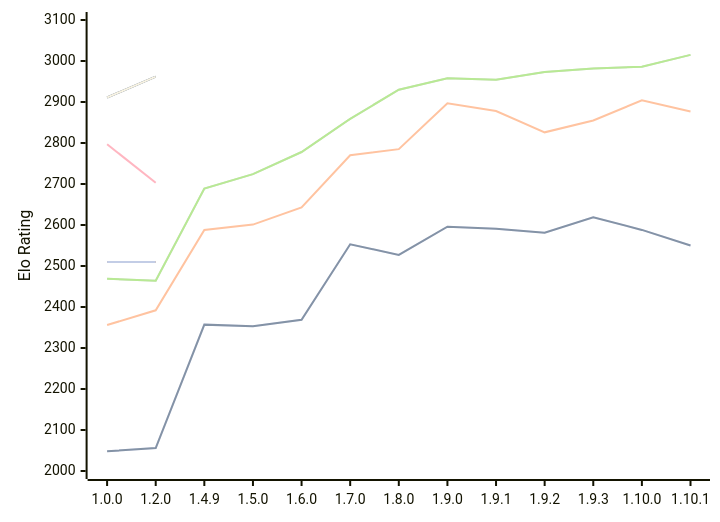
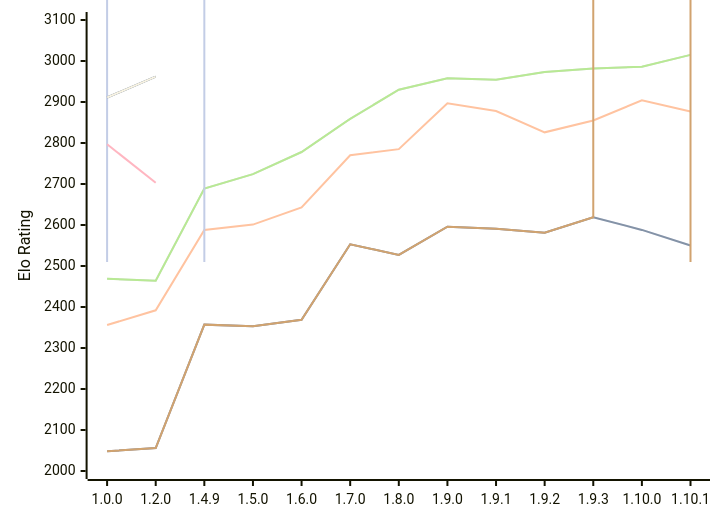
One commit to computer-chess-index/cci changed the diagram in engines/Basilisk.md. Above: the diagram before and after it, drawn with Mermaid. The commit also changed other lines of this file, not shown here.

Commit message:
Update CCI Ratings (ELO VLTC) - 2026-10-10

````diff
--- a/engines/Basilisk.md
+++ b/engines/Basilisk.md
@@ -60,16 +60,16 @@
 ```mermaid
 %%{init: {"theme":"base","themeVariables":{"seriesColors:['#a3a3a3','#222221','#faa371']}}}%%
 xychart-beta
   x-axis ["1.0.0", "1.2.0", "1.4.9", "1.5.0", "1.6.0", "1.7.0", "1.8.0", "1.9.0", "1.9.1", "1.9.2", "1.9.3", "1.10.0", "1.10.1"]
   y-axis "Elo Rating" 2000 --> 3100
   line "" [2048, 2056, 2357, 2353, 2369, 2553, 2527, 2596, 2591, 2581, 2619, 2588, 2550]
   line "T1: STC (8.0+0.08s)" [2048, 2056, 2357, 2353, 2369, 2553, 2527, 2596, 2591, 2581, 2619, 2588, 2550]
   line "T1: LTC (60.0+0.60s)" [2356, 2392, 2588, 2601, 2643, 2770, 2785, 2897, 2878, 2826, 2855, 2904, 2877]
   line "" [2469, 2464, 2689, 2724, 2778, 2859, 2930, 2958, 2954, 2973, 2982, 2986, 3015]
   line "T1: VLTC (2m24s+1.12s)" [2469, 2464, 2689, 2724, 2778, 2859, 2930, 2958, 2954, 2973, 2982, 2986, 3015]
-  line "" [2510, 2510]
-  line "E1: STC (8.0+0.08s)" [2510, 2510]
+  line "" [2048, 2056, 2357, 2353, 2369, 2553, 2527, 2596, 2591, 2581, 2619, 25882510, 2510]
+  line "E1: STC (8.0+0.08s)" [2510, 25102510, 2510]
   line "E1: LTC (60.0+0.60s)" [2797, 2703]
   line "" [2911, 2962]
   line "E1: VLTC (2m24s+1.12s)" [2911, 2962]
 ```
````
